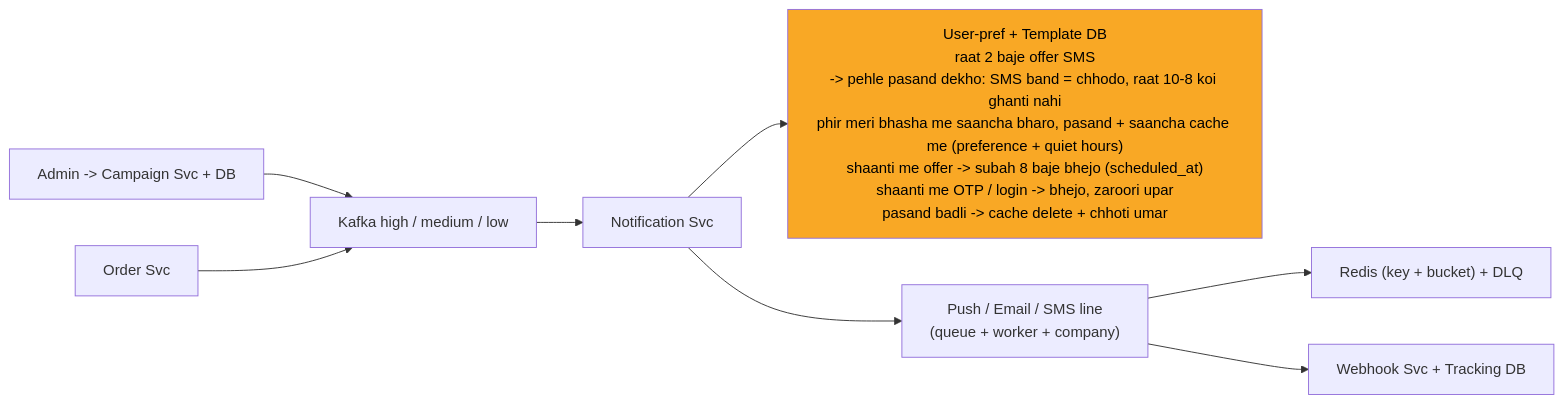
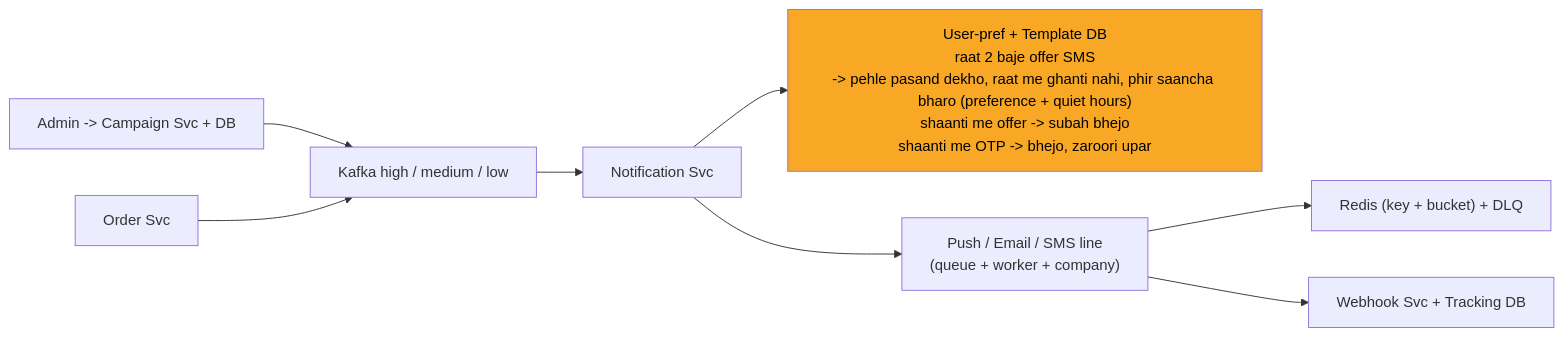
Before and after one commit to ArpanMaheshwari144/Prep: the diagram in 04_HLD/SYSTEM_DESIGNS/04_notification_system/img/c11.mmd, drawn with Mermaid. The commit also changed 47 other files, not shown here.

```diff
--- a/04_HLD/SYSTEM_DESIGNS/04_notification_system/img/c11.mmd
+++ b/04_HLD/SYSTEM_DESIGNS/04_notification_system/img/c11.mmd
@@ -1,18 +1,18 @@
 %%{init: {"flowchart": {"wrappingWidth": 450}}}%%
 flowchart LR
     n_CAMP["Admin -> Campaign Svc + DB"]
     n_Order_Svc["Order Svc"]
     n_Kafka["Kafka high / medium / low"]
     n_Notification_Svc["Notification Svc"]
-    n_PREF["User-pref + Template DB<br/>raat 2 baje offer SMS<br/>-> pehle pasand dekho: SMS band = chhodo, raat 10-8 koi ghanti nahi<br/>phir meri bhasha me saancha bharo, pasand + saancha cache me (preference + quiet hours)<br/>shaanti me offer -> subah 8 baje bhejo (scheduled_at)<br/>shaanti me OTP / login -> bhejo, zaroori upar<br/>pasand badli -> cache delete + chhoti umar"]
+    n_PREF["User-pref + Template DB<br/>raat 2 baje offer SMS<br/>-> pehle pasand dekho, raat me ghanti nahi, phir saancha bharo (preference + quiet hours)<br/>shaanti me offer -> subah bhejo<br/>shaanti me OTP -> bhejo, zaroori upar"]
     n_LINES["Push / Email / SMS line<br/>(queue + worker + company)"]
     n_RDLQ["Redis (key + bucket) + DLQ"]
     n_WH["Webhook Svc + Tracking DB"]
     n_CAMP --> n_Kafka
     n_Order_Svc --> n_Kafka
     n_Kafka --> n_Notification_Svc
     n_Notification_Svc --> n_PREF
     n_Notification_Svc --> n_LINES
     n_LINES --> n_RDLQ
     n_LINES --> n_WH
     style n_PREF fill:#f9a825,color:#000
```
